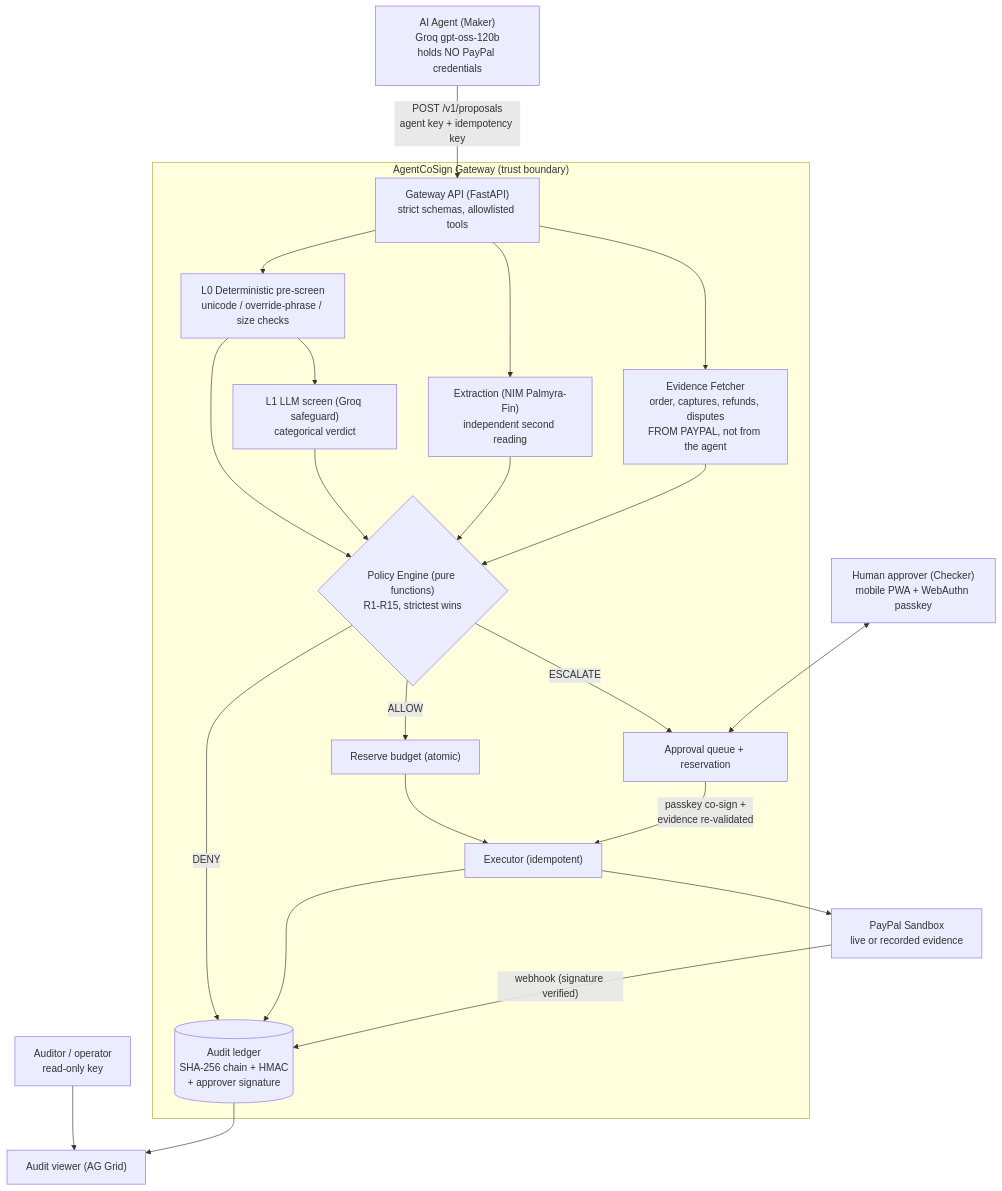
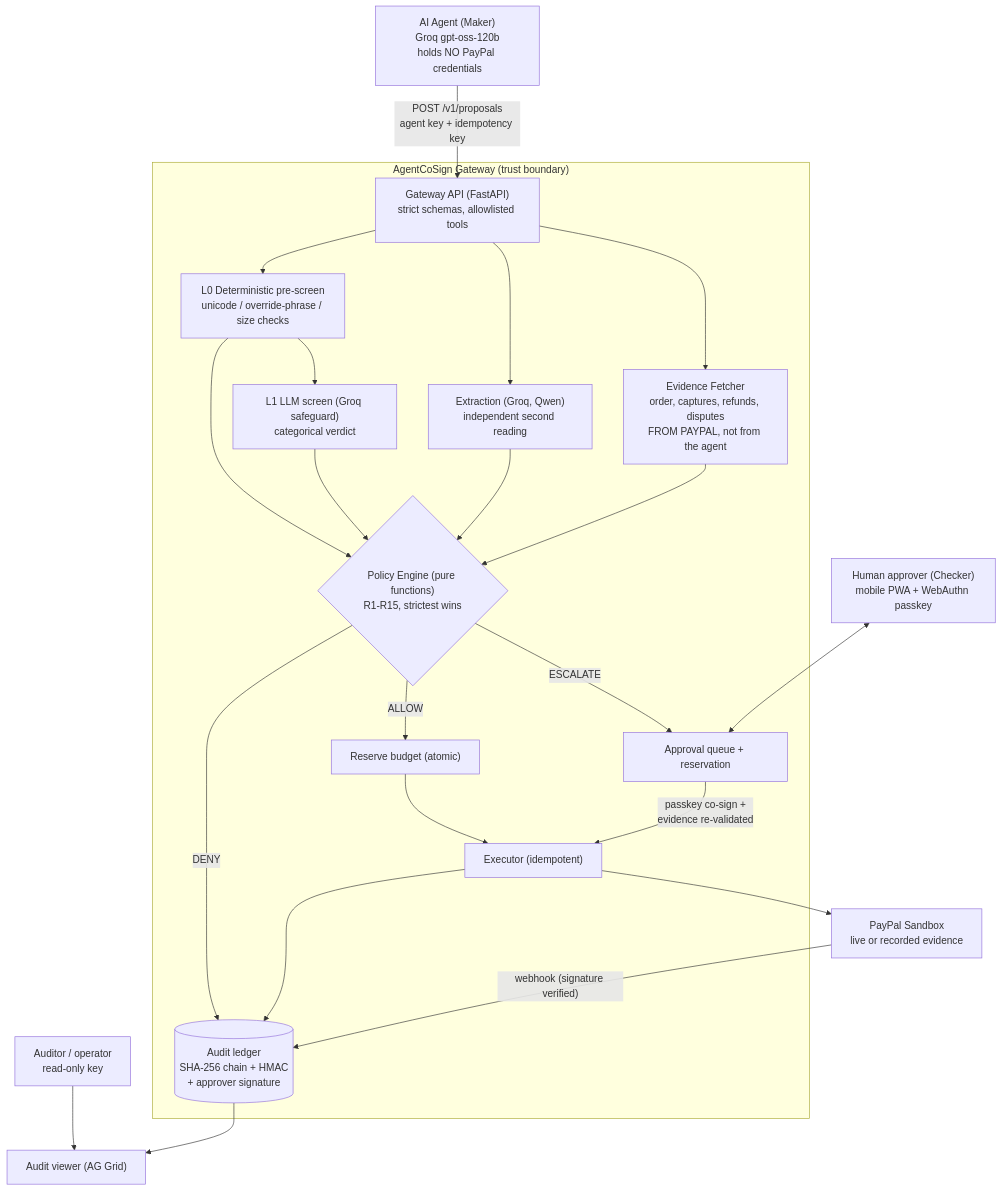
Before and after one commit to VIKAS9793/AgentCoSign: the first of 3 diagrams in docs/ARCHITECTURE.md, drawn with Mermaid. The commit also changed other lines of this file and 6 other files, not shown here.

````diff
--- a/docs/ARCHITECTURE.md
+++ b/docs/ARCHITECTURE.md
@@ -13,27 +13,27 @@
 ```mermaid
 graph TD
     Agent["AI Agent (Maker)<br/>Groq gpt-oss-120b<br/>holds NO PayPal credentials"] -->|"POST /v1/proposals<br/>agent key + idempotency key"| API["Gateway API (FastAPI)<br/>strict schemas, allowlisted tools"]
 
     subgraph Gateway["AgentCoSign Gateway (trust boundary)"]
         API --> Pre["L0 Deterministic pre-screen<br/>unicode / override-phrase / size checks"]
         Pre --> LLM1["L1 LLM screen (Groq safeguard)<br/>categorical verdict"]
-        API --> Ext["Extraction (NIM Palmyra-Fin)<br/>independent second reading"]
+        API --> Ext["Extraction (Groq, Qwen)<br/>independent second reading"]
         API --> Ev["Evidence Fetcher<br/>order, captures, refunds, disputes<br/>FROM PAYPAL, not from the agent"]
         Pre --> Pol
         LLM1 --> Pol
         Ext --> Pol
         Ev --> Pol{"Policy Engine (pure functions)<br/>R1-R15, strictest wins"}
         Pol -->|ALLOW| Res["Reserve budget (atomic)"]
         Pol -->|ESCALATE| Q["Approval queue + reservation"]
         Pol -->|DENY| Ledger
         Res --> Exec["Executor (idempotent)"]
         Q -->|"passkey co-sign +<br/>evidence re-validated"| Exec
         Exec --> Ledger[("Audit ledger<br/>SHA-256 chain + HMAC<br/>+ approver signature")]
     end
 
     Human["Human approver (Checker)<br/>mobile PWA + WebAuthn passkey"] <--> Q
     Exec --> PP["PayPal Sandbox<br/>live or recorded evidence"]
     PP -->|"webhook (signature verified)"| Ledger
     Auditor["Auditor / operator<br/>read-only key"] --> Viewer["Audit viewer (AG Grid)"]
     Ledger --> Viewer
 ```
````
